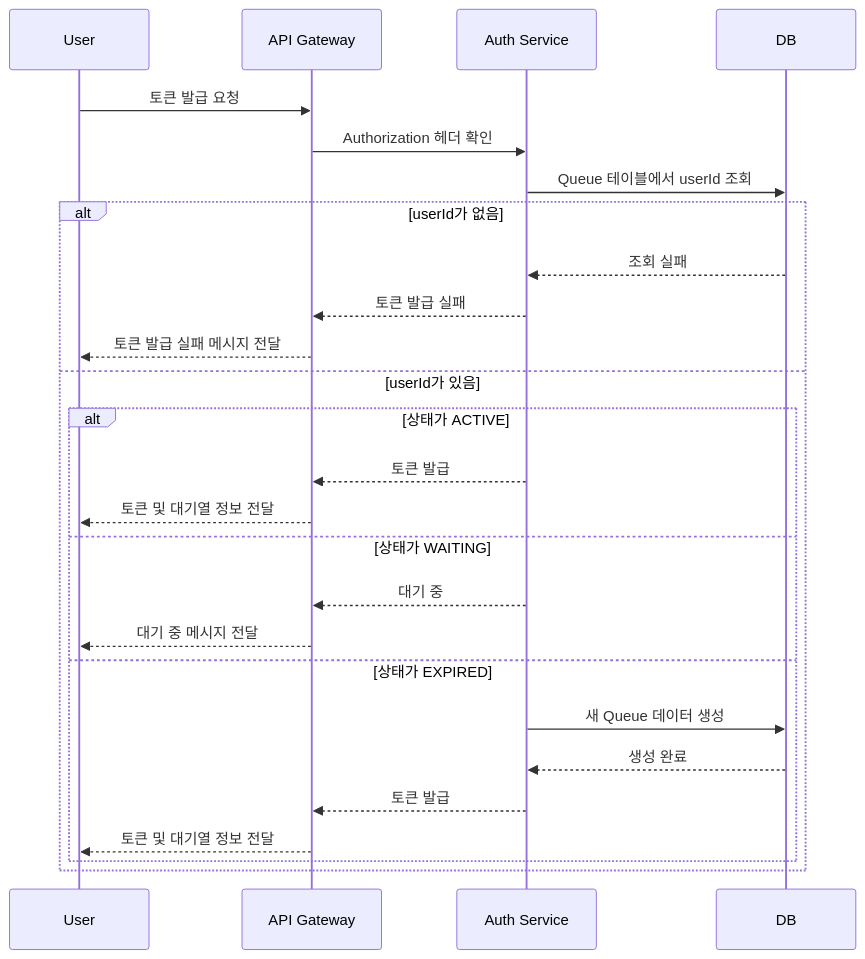
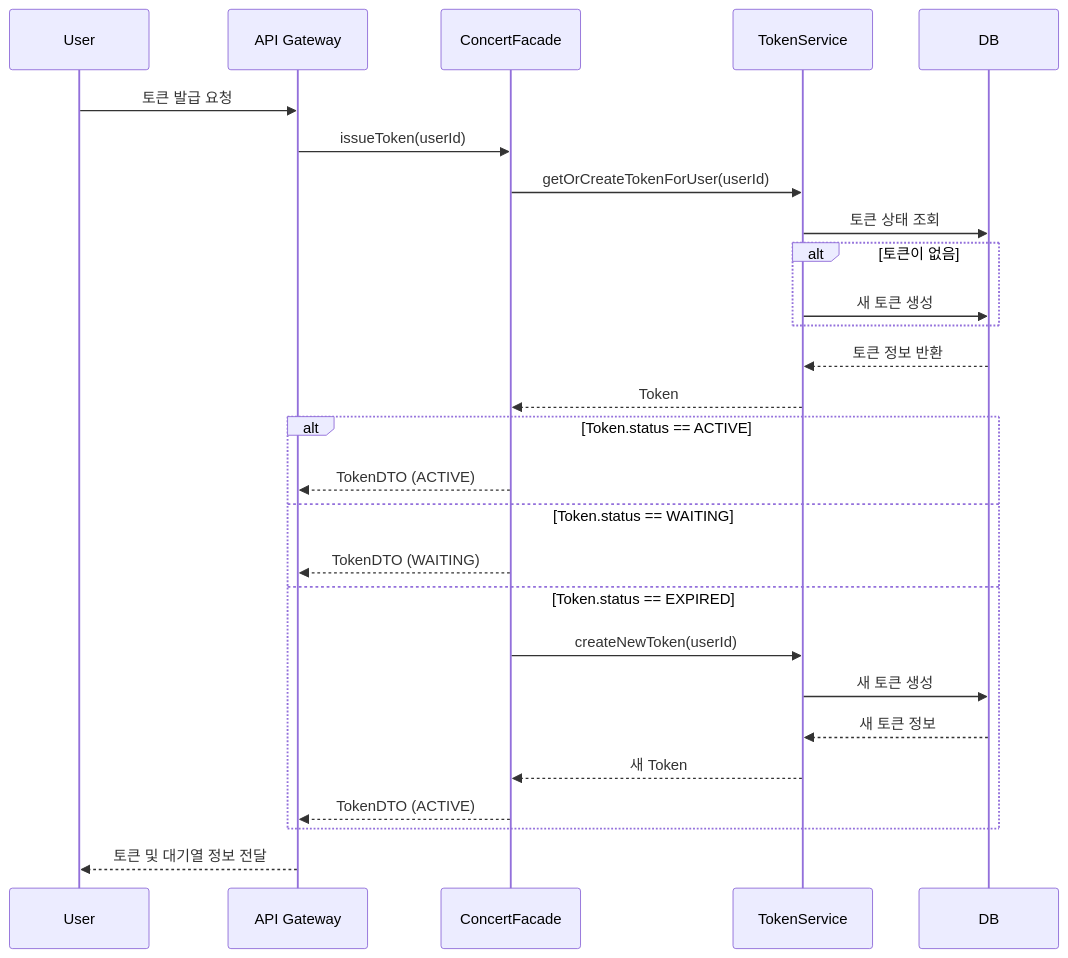
Before and after one commit to ghwoo93/hhplus-concert-3week: the tenth of 10 diagrams in README.md, drawn with Mermaid. The commit also changed other lines of this file, not shown here.

````diff
--- a/README.md
+++ b/README.md
@@ -1016,29 +975,30 @@
 ```mermaid
 sequenceDiagram
     participant User
     participant API Gateway
-    participant Auth Service
+    participant ConcertFacade
+    participant TokenService
     participant DB
 
     User->>API Gateway: 토큰 발급 요청
-    API Gateway->>Auth Service: Authorization 헤더 확인
-    Auth Service->>DB: Queue 테이블에서 userId 조회
-    alt userId가 없음
-        DB-->>Auth Service: 조회 실패
-        Auth Service-->>API Gateway: 토큰 발급 실패
-        API Gateway-->>User: 토큰 발급 실패 메시지 전달
-    else userId가 있음
-        alt 상태가 ACTIVE
-            Auth Service-->>API Gateway: 토큰 발급
-            API Gateway-->>User: 토큰 및 대기열 정보 전달
-        else 상태가 WAITING
-            Auth Service-->>API Gateway: 대기 중
-            API Gateway-->>User: 대기 중 메시지 전달
-        else 상태가 EXPIRED
-            Auth Service->>DB: 새 Queue 데이터 생성
-            DB-->>Auth Service: 생성 완료
-            Auth Service-->>API Gateway: 토큰 발급
-            API Gateway-->>User: 토큰 및 대기열 정보 전달
-        end
+    API Gateway->>ConcertFacade: issueToken(userId)
+    ConcertFacade->>TokenService: getOrCreateTokenForUser(userId)
+    TokenService->>DB: 토큰 상태 조회
+    alt 토큰이 없음
+        TokenService->>DB: 새 토큰 생성
     end
+    DB-->>TokenService: 토큰 정보 반환
+    TokenService-->>ConcertFacade: Token
+    alt Token.status == ACTIVE
+        ConcertFacade-->>API Gateway: TokenDTO (ACTIVE)
+    else Token.status == WAITING
+        ConcertFacade-->>API Gateway: TokenDTO (WAITING)
+    else Token.status == EXPIRED
+        ConcertFacade->>TokenService: createNewToken(userId)
+        TokenService->>DB: 새 토큰 생성
+        DB-->>TokenService: 새 토큰 정보
+        TokenService-->>ConcertFacade: 새 Token
+        ConcertFacade-->>API Gateway: TokenDTO (ACTIVE)
+    end
+    API Gateway-->>User: 토큰 및 대기열 정보 전달
 ```
````
